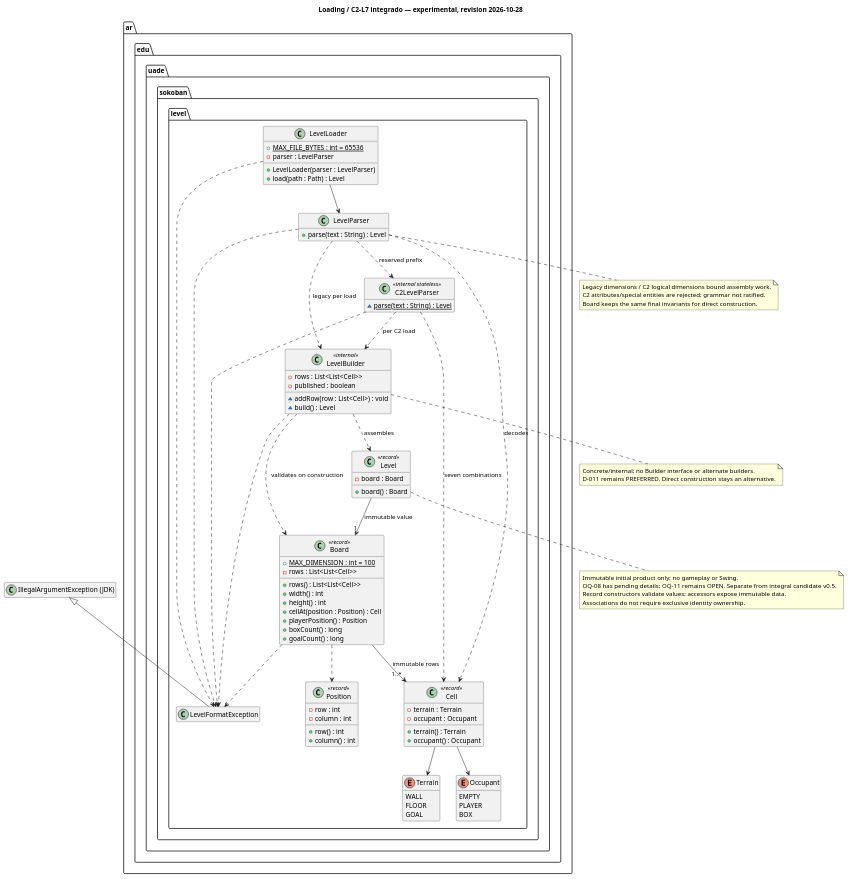
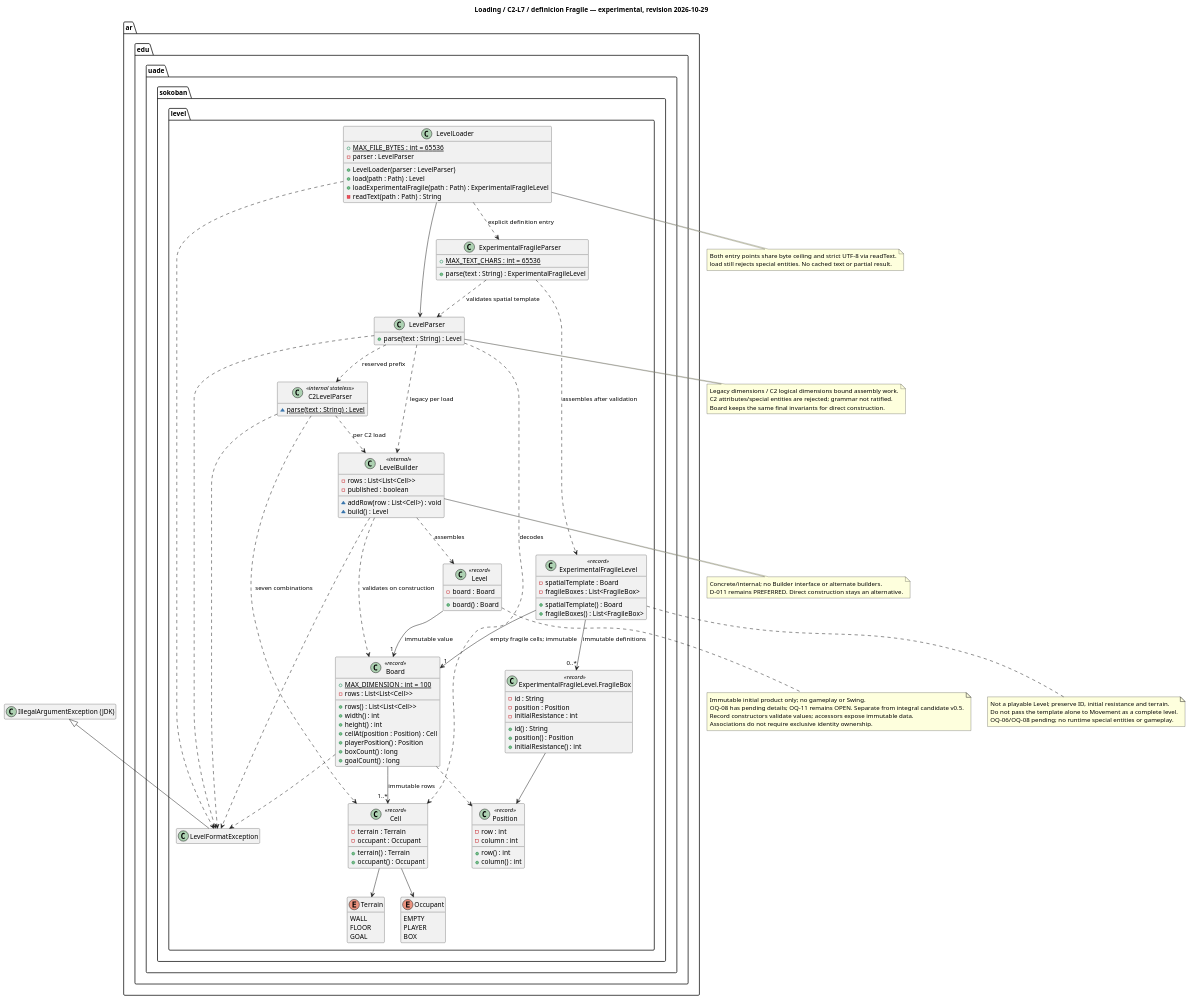
Before and after one commit to smatrauade/Los-Force-Push: the diagram in docs/architecture/uml/level-loading-spike-v1.puml, drawn with PlantUML. The commit also changed 20 other files, not shown here.

First line of the commit message:
feat(level): integrar definición TXT Fragile y contrato entre módulos (#15)

```diff
--- a/docs/architecture/uml/level-loading-spike-v1.puml
+++ b/docs/architecture/uml/level-loading-spike-v1.puml
@@ -1,97 +1,132 @@
 @startuml
-title Loading / C2-L7 integrado — experimental, revision 2026-10-28
+title Loading / C2-L7 / definicion Fragile — experimental, revision 2026-10-29
 hide empty members
 package ar.edu.uade.sokoban.level {
   class Position <<record>> {
     -row : int
     -column : int
     +row() : int
     +column() : int
   }
   enum Terrain {
     WALL
     FLOOR
     GOAL
   }
   enum Occupant {
     EMPTY
     PLAYER
     BOX
   }
   class Cell <<record>> {
     -terrain : Terrain
     -occupant : Occupant
     +terrain() : Terrain
     +occupant() : Occupant
   }
   class Board <<record>> {
     {static} +MAX_DIMENSION : int = 100
     -rows : List<List<Cell>>
     +rows() : List<List<Cell>>
     +width() : int
     +height() : int
     +cellAt(position : Position) : Cell
     +playerPosition() : Position
     +boxCount() : long
     +goalCount() : long
   }
   class Level <<record>> {
     -board : Board
     +board() : Board
   }
   class LevelBuilder <<internal>> {
     -rows : List<List<Cell>>
     -published : boolean
     ~addRow(row : List<Cell>) : void
     ~build() : Level
   }
   class LevelParser {
     +parse(text : String) : Level
   }
   class C2LevelParser <<internal stateless>> {
     {static} ~parse(text : String) : Level
   }
   class LevelLoader {
     {static} +MAX_FILE_BYTES : int = 65536
     -parser : LevelParser
     +LevelLoader(parser : LevelParser)
     +load(path : Path) : Level
+    +loadExperimentalFragile(path : Path) : ExperimentalFragileLevel
+    -readText(path : Path) : String
+  }
+  class ExperimentalFragileParser {
+    {static} +MAX_TEXT_CHARS : int = 65536
+    +parse(text : String) : ExperimentalFragileLevel
+  }
+  class ExperimentalFragileLevel <<record>> {
+    -spatialTemplate : Board
+    -fragileBoxes : List<FragileBox>
+    +spatialTemplate() : Board
+    +fragileBoxes() : List<FragileBox>
+  }
+  class "ExperimentalFragileLevel.FragileBox" as FragileBox <<record>> {
+    -id : String
+    -position : Position
+    -initialResistance : int
+    +id() : String
+    +position() : Position
+    +initialResistance() : int
   }
   class LevelFormatException
 }
 class "IllegalArgumentException (JDK)" as IllegalArgumentException
 IllegalArgumentException <|-- LevelFormatException
 LevelLoader --> LevelParser
+LevelLoader ..> ExperimentalFragileParser : explicit definition entry
+ExperimentalFragileParser ..> LevelParser : validates spatial template
+ExperimentalFragileParser ..> ExperimentalFragileLevel : assembles after validation
+ExperimentalFragileLevel --> "1" Board : empty fragile cells; immutable
+ExperimentalFragileLevel --> "0..*" FragileBox : immutable definitions
+FragileBox --> Position
 LevelParser ..> LevelBuilder : legacy per load
 LevelParser ..> C2LevelParser : reserved prefix
 C2LevelParser ..> LevelBuilder : per C2 load
 C2LevelParser ..> Cell : seven combinations
 C2LevelParser ..> LevelFormatException
 LevelParser ..> Cell : decodes
 LevelBuilder ..> Level : assembles
 LevelBuilder ..> Board : validates on construction
 Level --> "1" Board : immutable value
 Board --> "1..*" Cell : immutable rows
 Cell --> Terrain
 Cell --> Occupant
 Board ..> Position
 LevelParser ..> LevelFormatException
 LevelBuilder ..> LevelFormatException
 LevelLoader ..> LevelFormatException
 Board ..> LevelFormatException
+note bottom of ExperimentalFragileLevel
+Not a playable Level; preserve ID, initial resistance and terrain.
+Do not pass the template alone to Movement as a complete level.
+OQ-06/OQ-08 pending; no runtime special entities or gameplay.
+end note
+note bottom of LevelLoader
+Both entry points share byte ceiling and strict UTF-8 via readText.
+load still rejects special entities. No cached text or partial result.
+end note
 note bottom of LevelBuilder
 Concrete/internal; no Builder interface or alternate builders.
 D-011 remains PREFERRED. Direct construction stays an alternative.
 end note
 note bottom of Level
 Immutable initial product only; no gameplay or Swing.
 OQ-08 has pending details; OQ-11 remains OPEN. Separate from integral candidate v0.5.
 Record constructors validate values; accessors expose immutable data.
 Associations do not require exclusive identity ownership.
 end note
 note bottom of LevelParser
 Legacy dimensions / C2 logical dimensions bound assembly work.
 C2 attributes/special entities are rejected; grammar not ratified.
 Board keeps the same final invariants for direct construction.
 end note
 @enduml
```
